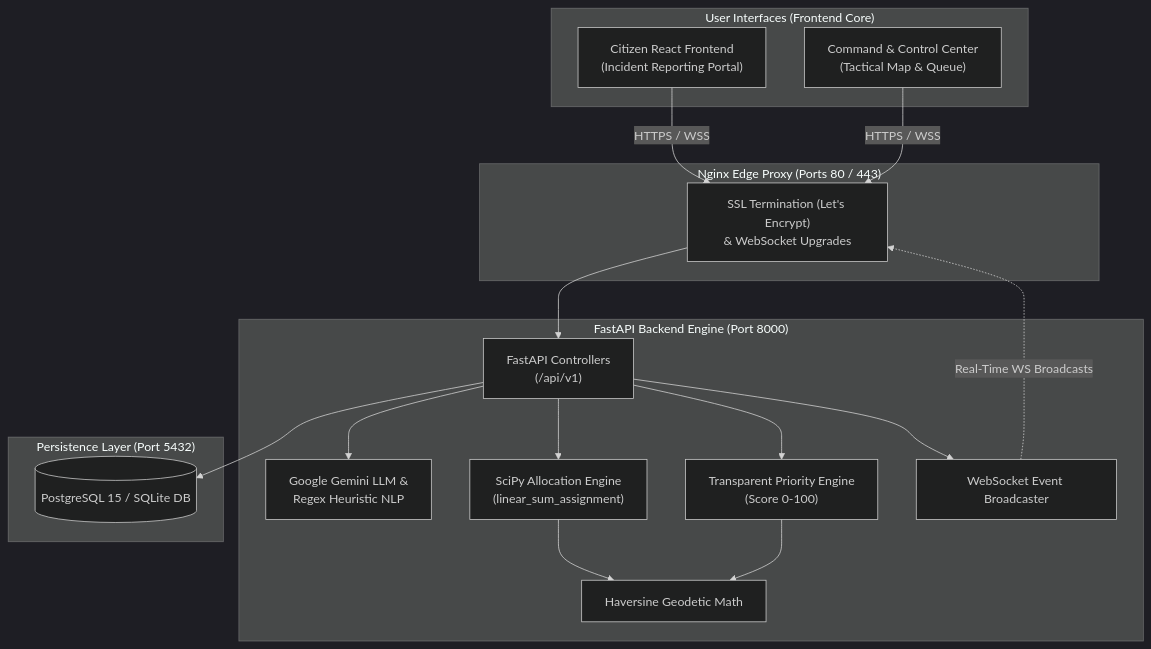
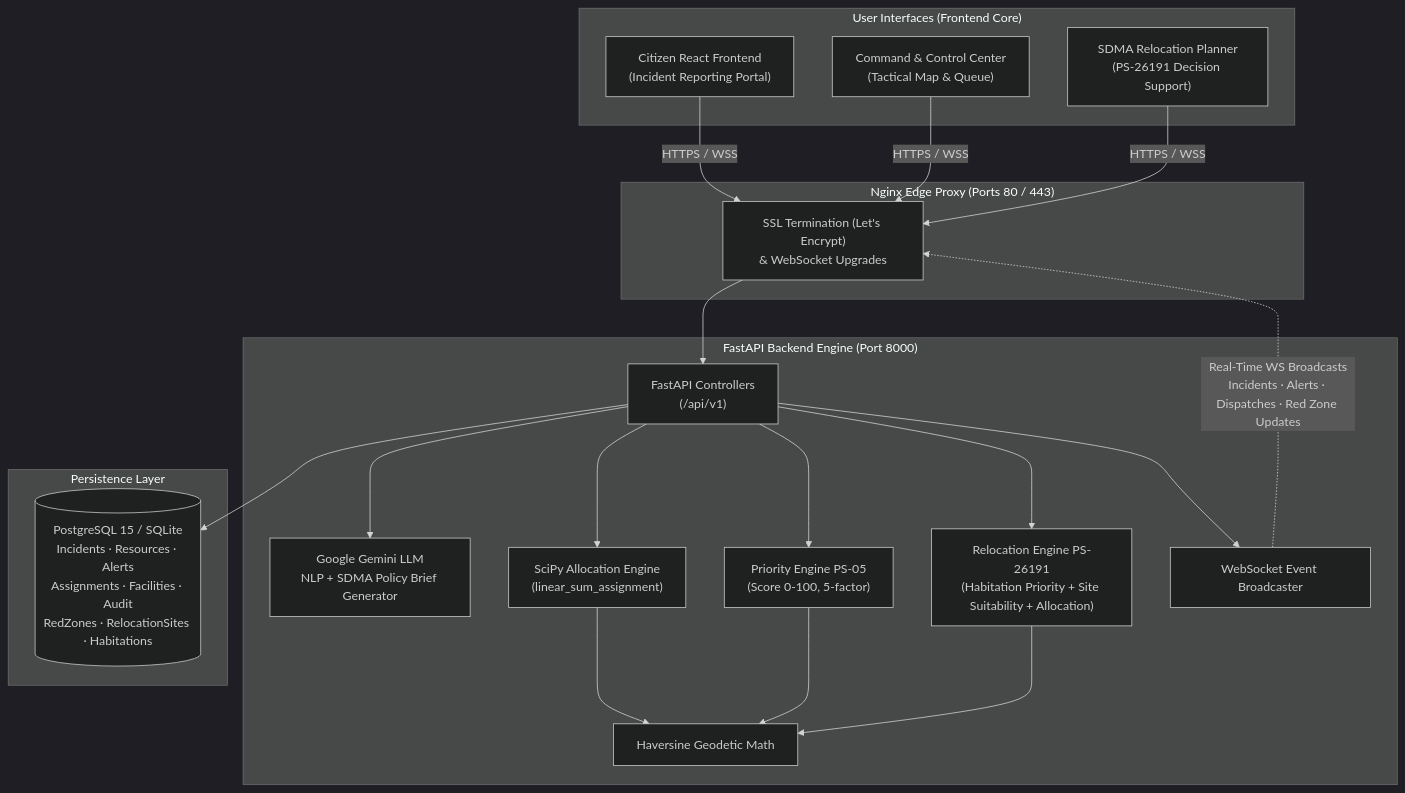
Before and after one commit to SiddhiB-05/Disaster-response-platform: the diagram in README.md, drawn with Mermaid (dark theme). The commit also changed other lines of this file, not shown here.

````diff
--- a/README.md
+++ b/README.md
@@ -131,38 +172,43 @@
 ```mermaid
 flowchart TD
     subgraph Clients["User Interfaces (Frontend Core)"]
         CitizenUI["Citizen React Frontend<br/>(Incident Reporting Portal)"]
         DashboardUI["Command & Control Center<br/>(Tactical Map & Queue)"]
+        SDMADash["SDMA Relocation Planner<br/>(PS-26191 Decision Support)"]
     end
 
     subgraph NginxProxy["Nginx Edge Proxy (Ports 80 / 443)"]
         Proxy["SSL Termination (Let's Encrypt)<br/>& WebSocket Upgrades"]
     end
 
     subgraph BackendEngine["FastAPI Backend Engine (Port 8000)"]
         API["FastAPI Controllers<br/>(/api/v1)"]
-        GeminiService["Google Gemini LLM &<br/>Regex Heuristic NLP"]
-        ScoringEngine["Transparent Priority Engine<br/>(Score 0-100)"]
+        GeminiService["Google Gemini LLM<br/>NLP + SDMA Policy Brief Generator"]
+        ScoringEngine["Priority Engine PS-05<br/>(Score 0-100, 5-factor)"]
+        RelocationEngine["Relocation Engine PS-26191<br/>(Habitation Priority + Site Suitability + Allocation)"]
         SciPyOptimizer["SciPy Allocation Engine<br/>(linear_sum_assignment)"]
         HaversineMath["Haversine Geodetic Math"]
         WSManager["WebSocket Event Broadcaster"]
     end
 
-    subgraph DatabaseStore["Persistence Layer (Port 5432)"]
-        DB[(PostgreSQL 15 / SQLite DB)]
+    subgraph DatabaseStore["Persistence Layer"]
+        DB[("PostgreSQL 15 / SQLite<br/>Incidents · Resources · Alerts<br/>Assignments · Facilities · Audit<br/>RedZones · RelocationSites · Habitations")]
     end
 
     CitizenUI -->|HTTPS / WSS| Proxy
     DashboardUI -->|HTTPS / WSS| Proxy
+    SDMADash -->|HTTPS / WSS| Proxy
     Proxy --> API
-    
+
     API --> GeminiService
     API --> ScoringEngine
+    API --> RelocationEngine
     API --> SciPyOptimizer
     SciPyOptimizer --> HaversineMath
     ScoringEngine --> HaversineMath
-    
+    RelocationEngine --> HaversineMath
+
     API --> DB
     API --> WSManager
-    WSManager -.->|Real-Time WS Broadcasts| Proxy
+    WSManager -.->|Real-Time WS Broadcasts<br/>Incidents · Alerts · Dispatches · Red Zone Updates| Proxy
 ```
````
